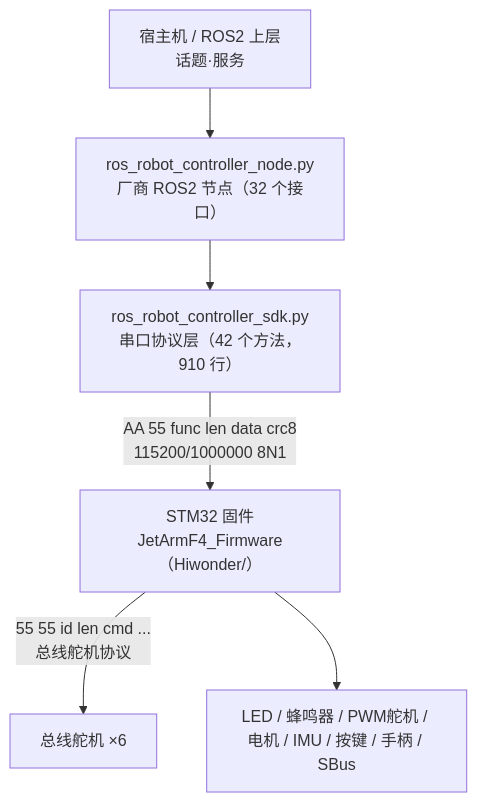
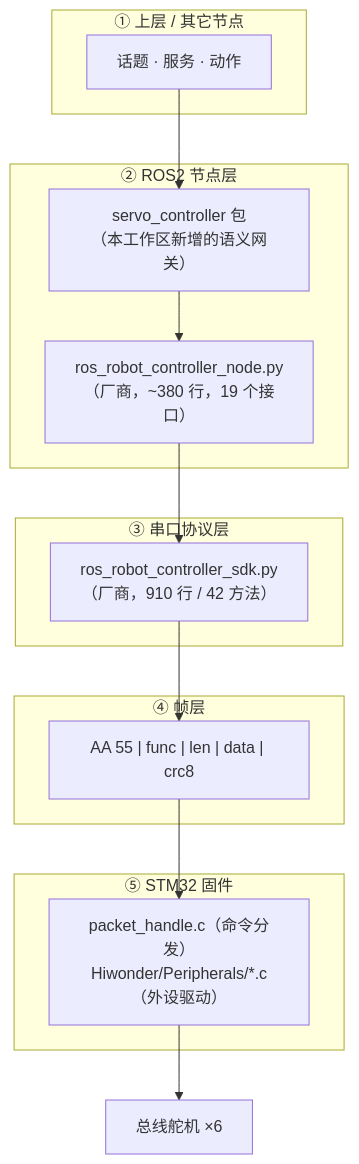
One commit to ianhequn/ArmPi_Ultra_260913 changed the diagram in My_note/dev/HuanEr/README.md. Above: the diagram before and after it, drawn with Mermaid. The commit also changed other lines of this file and 11 other files, not shown here.

````diff
--- a/My_note/dev/HuanEr/README.md
+++ b/My_note/dev/HuanEr/README.md
@@ -11,8 +14,22 @@
 ```mermaid
 flowchart TB
-    A["宿主机 / ROS2 上层<br/>话题·服务"] --> B["ros_robot_controller_node.py<br/>厂商 ROS2 节点（32 个接口）"]
-    B --> C["ros_robot_controller_sdk.py<br/>串口协议层（42 个方法，910 行）"]
-    C -->|"AA 55 func len data crc8<br/>115200/1000000 8N1"| D["STM32 固件<br/>JetArmF4_Firmware（Hiwonder/）"]
-    D -->|"55 55 id len cmd ...<br/>总线舵机协议"| E["总线舵机 ×6"]
-    D --> F["LED / 蜂鸣器 / PWM舵机 / 电机 / IMU / 按键 / 手柄 / SBus"]
+    subgraph L1["① 上层 / 其它节点"]
+        A1["话题 · 服务 · 动作"]
+    end
+    subgraph L2["② ROS2 节点层"]
+        B1["ros_robot_controller_node.py<br/>（厂商，~380 行，19 个接口）"]
+        B2["servo_controller 包<br/>（本工作区新增的语义网关）"]
+    end
+    subgraph L3["③ 串口协议层"]
+        C1["ros_robot_controller_sdk.py<br/>（厂商，910 行 / 42 方法）"]
+    end
+    subgraph L4["④ 帧层"]
+        D1["AA 55 | func | len | data | crc8"]
+    end
+    subgraph L5["⑤ STM32 固件"]
+        E1["packet_handle.c（命令分发）<br/>Hiwonder/Peripherals/*.c（外设驱动）"]
+    end
+    F1["总线舵机 ×6"]
+
+    A1 --> B2 --> B1 --> C1 --> D1 --> E1 --> F1
 ```
````
